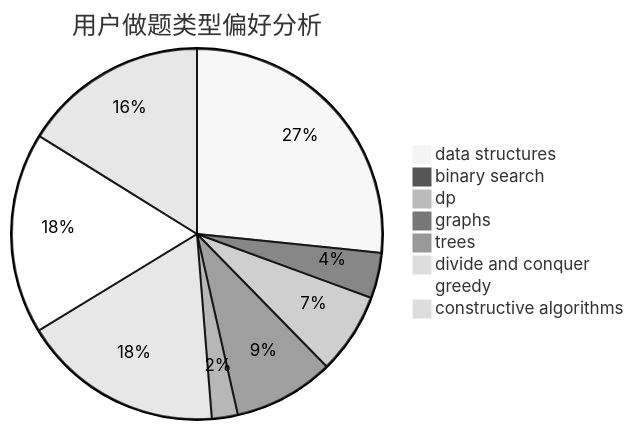
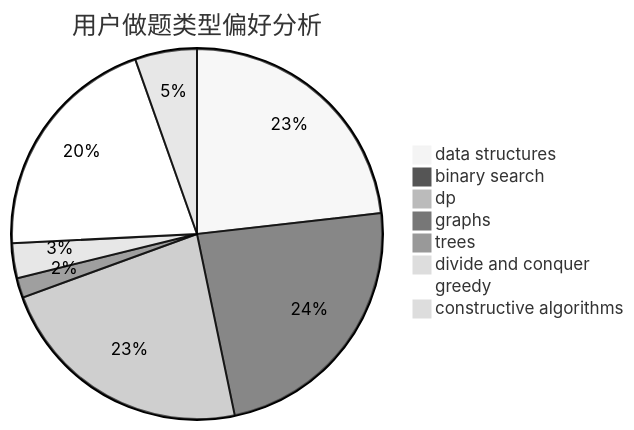
One commit to sherpahu/cfrs.github.io changed the second of 3 diagrams in docs/user/u401.md. Above: the diagram before and after it, drawn with Mermaid (neutral theme). The commit also changed other lines of this file and 2770 other files, not shown here.

````diff
--- a/docs/user/u401.md
+++ b/docs/user/u401.md
@@ -23,11 +23,11 @@
 ```mermaid
 pie title 用户做题类型偏好分析
-    "data structures" :  94
-    "binary search" :  14
-    "dp" :  25
-    "graphs" :  31
-    "trees" :  8
+    "data structures" :  472
+    "binary search" :  479
+    "dp" :  462
+    "graphs" :  35
+    "trees" :  0
     "divide and conquer" :  62
-    "greedy" :  62
-    "constructive algorithms" :  57
+    "greedy" :  415
+    "constructive algorithms" :  110
 ```
````
